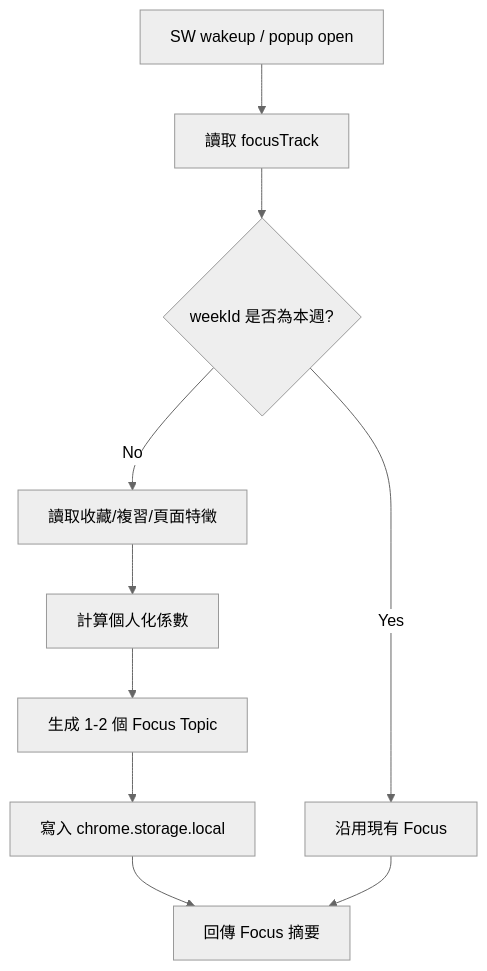
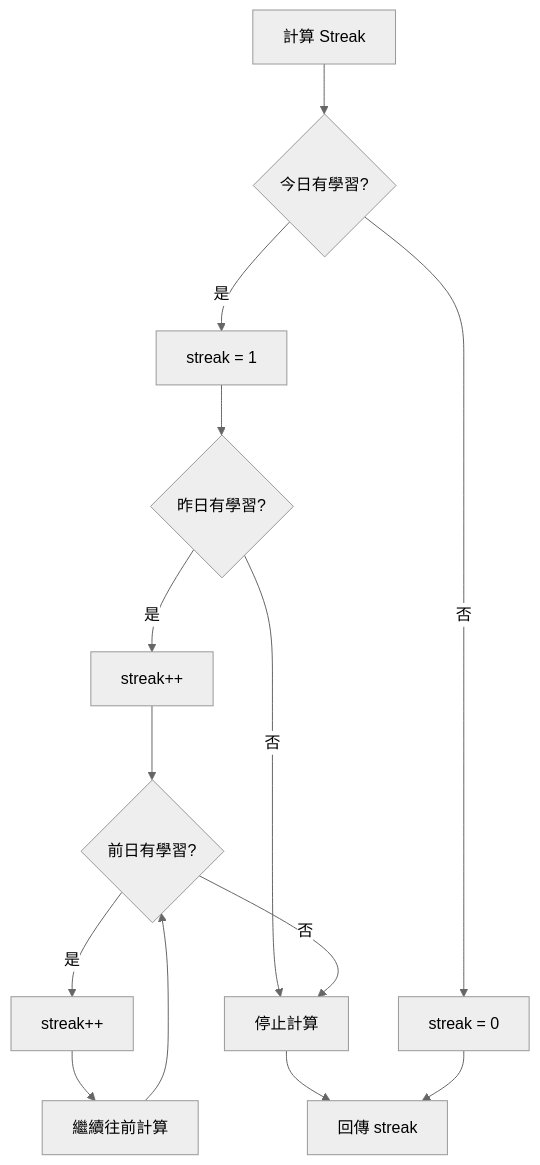
The fourth of 9 diagrams in .shared/05-flow-diagrams.md (kylecheng3146/highlighting-translate), drawn with Mermaid (neutral theme) before and after one commit. The commit also changed other lines of this file and 33 other files, not shown here.

````diff
--- a/.shared/05-flow-diagrams.md
+++ b/.shared/05-flow-diagrams.md
@@ -12,12 +85,21 @@
 ```mermaid
 flowchart TD
-    A[SW wakeup / popup open] --> B[讀取 focusTrack]
-    B --> C{weekId 是否為本週?}
-    C -- No --> D[讀取收藏/複習/頁面特徵]
-    D --> E[計算個人化係數]
-    E --> F[生成 1-2 個 Focus Topic]
-    F --> G[寫入 chrome.storage.local]
-    C -- Yes --> H[沿用現有 Focus]
-    G --> I[回傳 Focus 摘要]
-    H --> I
+    A[計算 Streak] --> B{今日有學習?}
+    B -->|是| C[streak = 1]
+    B -->|否| D[streak = 0]
+    
+    C --> E{昨日有學習?}
+    E -->|是| F[streak++]
+    E -->|否| G[停止計算]
+    
+    F --> H{前日有學習?}
+    H -->|是| I[streak++]
+    H -->|否| G
+    
+    I --> J[繼續往前計算]
+    J --> H
+    
+    G --> K[回傳 streak]
+    
+    D --> K
 ```
````
